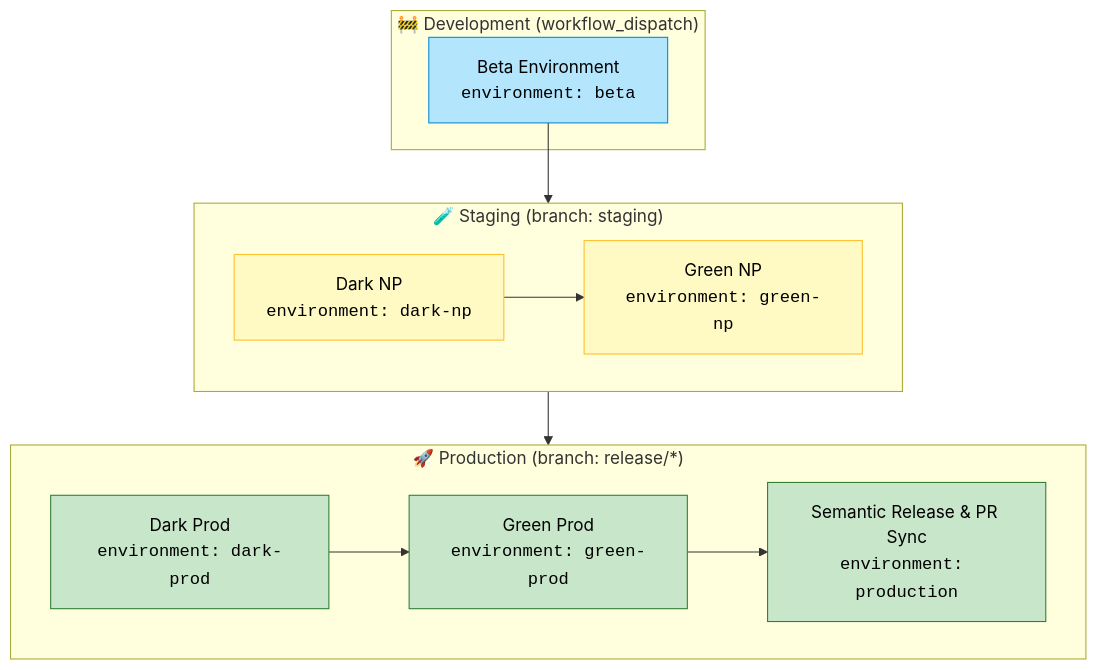
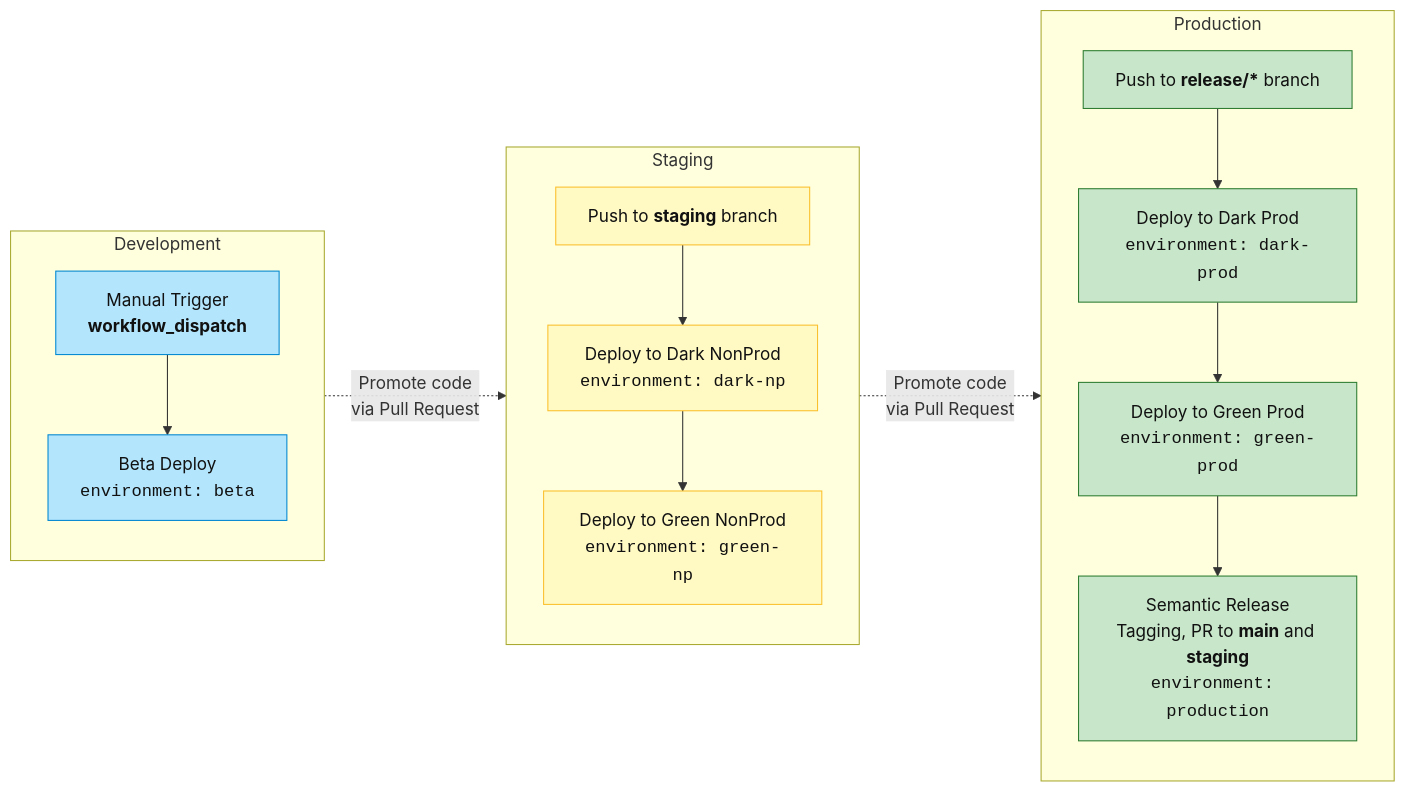
The diagram in README.md (brunomacedo-coxbr/semantic-release), drawn with Mermaid before and after one commit. The commit also changed other lines of this file, not shown here.

Commit message:
docs(Mermaid): setup preview

````diff
--- a/README.md
+++ b/README.md
@@ -3,35 +3,41 @@
 ```mermaid
-flowchart TD
-  %% --- SECTIONS ---
-  subgraph DEV["🚧 Development (workflow_dispatch)"]
-    BETA["Beta Environment<br/><code>environment: beta</code>"]
+flowchart LR
+ subgraph DEV["Development"]
+    direction TB
+        dev_push["Manual Trigger<br><b>workflow_dispatch</b>"]
+        beta_env["Beta Deploy<br><code>environment: beta</code>"]
   end
-
-  subgraph STG["🧪 Staging (branch: staging)"]
-    DARK_NP["Dark NP<br/><code>environment: dark-np</code>"]
-    GREEN_NP["Green NP<br/><code>environment: green-np</code>"]
-    DARK_NP --> GREEN_NP
+ subgraph STG["Staging"]
+    direction TB
+        push_staging["Push to <b>staging</b> branch"]
+        dark_np["Deploy to Dark NonProd<br><code>environment: dark-np</code>"]
+        green_np["Deploy to Green NonProd<br><code>environment: green-np</code>"]
   end
-
-  subgraph PROD["🚀 Production (branch: release/*)"]
-    DARK_PROD["Dark Prod<br/><code>environment: dark-prod</code>"]
-    GREEN_PROD["Green Prod<br/><code>environment: green-prod</code>"]
-    RELEASE["Semantic Release & PR Sync<br/><code>environment: production</code>"]
-
-    DARK_PROD --> GREEN_PROD
-    GREEN_PROD --> RELEASE
+ subgraph PROD["Production"]
+    direction TB
+        push_release["Push to <b>release/*</b> branch"]
+        dark_prod["Deploy to Dark Prod<br><code>environment: dark-prod</code>"]
+        green_prod["Deploy to Green Prod<br><code>environment: green-prod</code>"]
+        semantic_release["Semantic Release<br>Tagging, PR to <b>main</b> and <b>staging</b><br><code>environment: production</code>"]
   end
-
-  %% --- FLOW RELATIONS ---
-  BETA --> STG
-  STG --> PROD
-
-  %% --- STYLES ---
-  classDef dev fill:#B3E5FC,stroke:#0288D1,color:#000,stroke-width:1px;
-  classDef stg fill:#FFF9C4,stroke:#FBC02D,color:#000,stroke-width:1px;
-  classDef prod fill:#C8E6C9,stroke:#2E7D32,color:#000,stroke-width:1px;
-
-  class BETA dev
-  class DARK_NP,GREEN_NP stg
-  class DARK_PROD,GREEN_PROD,RELEASE prod
+    dev_push --> beta_env
+    push_staging --> dark_np
+    dark_np --> green_np
+    push_release --> dark_prod
+    dark_prod --> green_prod
+    green_prod --> semantic_release
+    DEV -. Promote code<br>via Pull Request .-> STG
+    STG -. Promote code<br>via Pull Request .-> PROD
+     dev_push:::dev
+     beta_env:::dev
+     push_staging:::stg
+     dark_np:::stg
+     green_np:::stg
+     push_release:::prod
+     dark_prod:::prod
+     green_prod:::prod
+     semantic_release:::prod
+    classDef dev fill:#B3E5FC,stroke:#0288D1,color:#111
+    classDef stg fill:#FFF9C4,stroke:#FBC02D,color:#111
+    classDef prod fill:#C8E6C9,stroke:#2E7D32,color:#111
 ```
````
